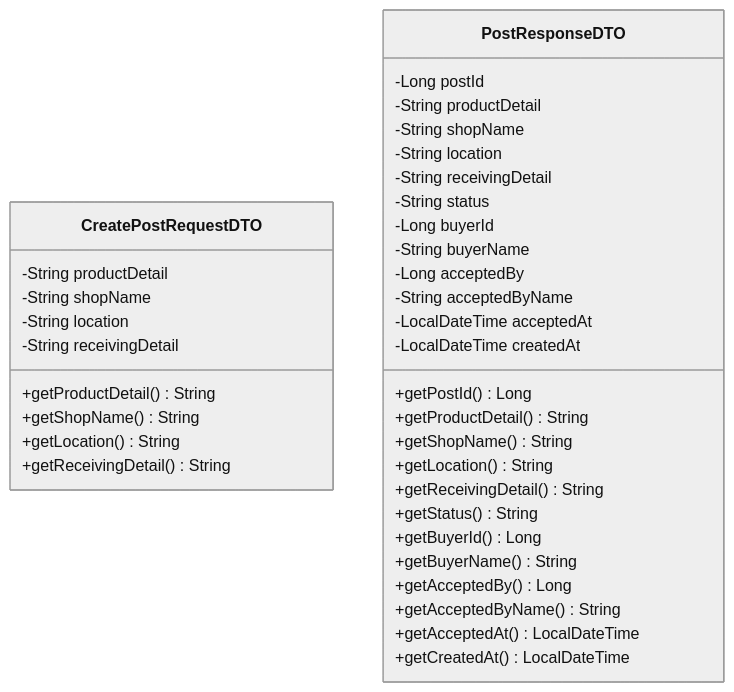
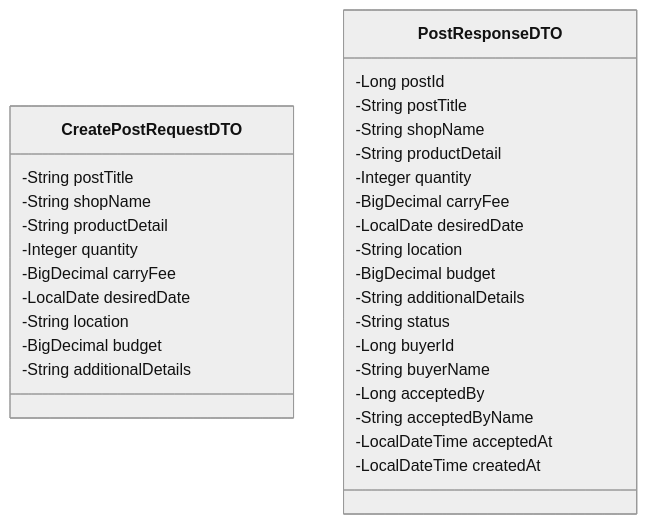
Before and after one commit to BlackyB0o/CS261_650001_group5: the second of 5 diagrams in docs/task-12/README.md, drawn with Mermaid (neutral theme). The commit also changed other lines of this file and 7 other files, not shown here.

Commit message:
added post API, DTO, entity, repository (align post fields with schema.sql)

````diff
--- a/docs/task-12/README.md
+++ b/docs/task-12/README.md
@@ -203,39 +220,33 @@
 ```mermaid
 classDiagram
     class CreatePostRequestDTO {
+        -String postTitle
+        -String shopName
         -String productDetail
-        -String shopName
+        -Integer quantity
+        -BigDecimal carryFee
+        -LocalDate desiredDate
         -String location
-        -String receivingDetail
-        +getProductDetail() String
-        +getShopName() String
-        +getLocation() String
-        +getReceivingDetail() String
+        -BigDecimal budget
+        -String additionalDetails
     }
     class PostResponseDTO {
         -Long postId
+        -String postTitle
+        -String shopName
         -String productDetail
-        -String shopName
+        -Integer quantity
+        -BigDecimal carryFee
+        -LocalDate desiredDate
         -String location
-        -String receivingDetail
+        -BigDecimal budget
+        -String additionalDetails
         -String status
         -Long buyerId
         -String buyerName
         -Long acceptedBy
         -String acceptedByName
         -LocalDateTime acceptedAt
         -LocalDateTime createdAt
-        +getPostId() Long
-        +getProductDetail() String
-        +getShopName() String
-        +getLocation() String
-        +getReceivingDetail() String
-        +getStatus() String
-        +getBuyerId() Long
-        +getBuyerName() String
-        +getAcceptedBy() Long
-        +getAcceptedByName() String
-        +getAcceptedAt() LocalDateTime
-        +getCreatedAt() LocalDateTime
     }
 ```
````
